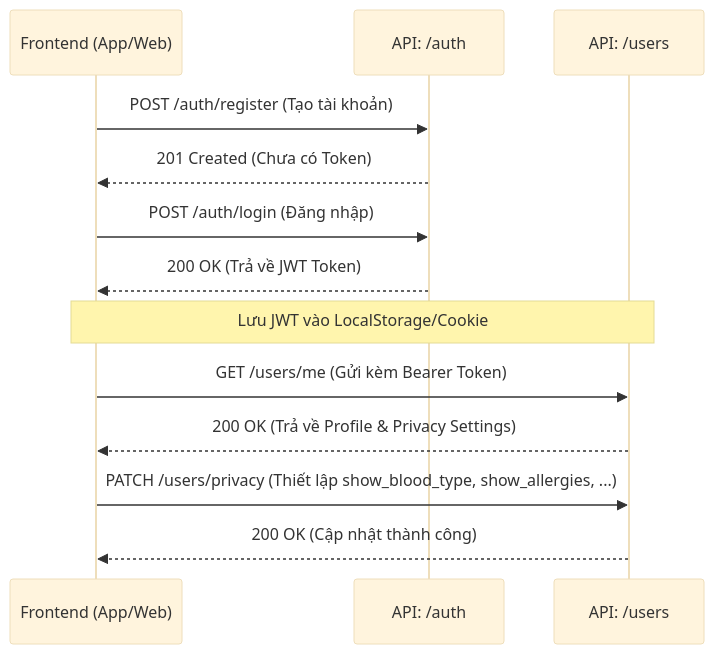
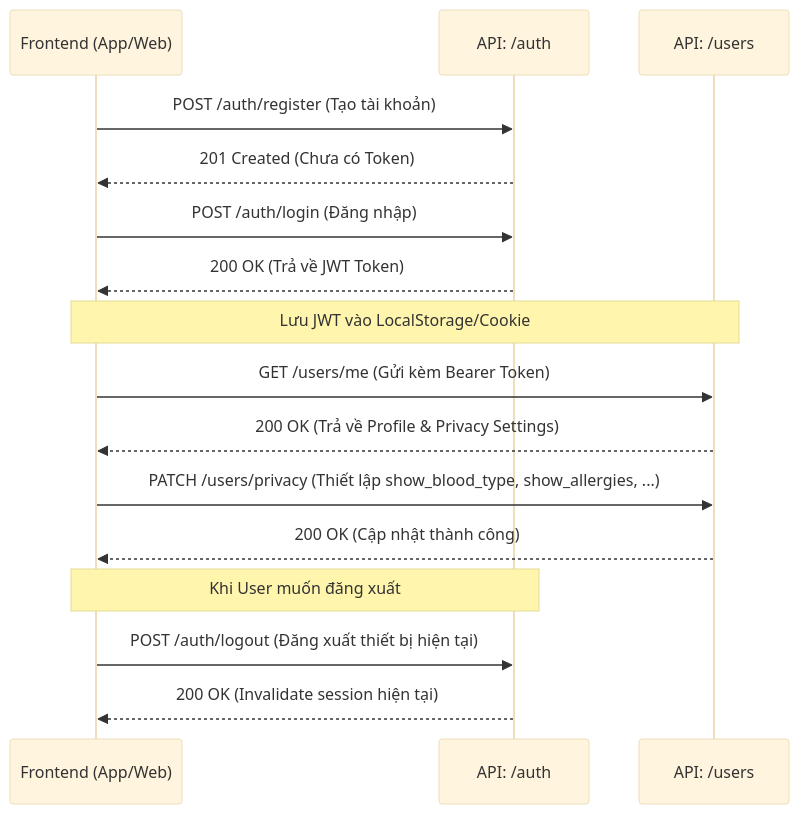
One commit to ImSoul0511/Medical_Diary changed the first of 5 diagrams in backend/docs/API_FLOW.md. Above: the diagram before and after it, drawn with Mermaid (base theme). The commit also changed other lines of this file and 4 other files, not shown here.

First line of the commit message:
docs(architecture): hoàn thiện kiến trúc Medication Reminders

````diff
--- a/backend/docs/API_FLOW.md
+++ b/backend/docs/API_FLOW.md
@@ -11,20 +11,25 @@
 ```mermaid
 sequenceDiagram
     participant FE as Frontend (App/Web)
     participant Auth as API: /auth
     participant User as API: /users
 
     FE->>Auth: POST /auth/register (Tạo tài khoản)
     Auth-->>FE: 201 Created (Chưa có Token)
     
     FE->>Auth: POST /auth/login (Đăng nhập)
     Auth-->>FE: 200 OK (Trả về JWT Token)
     
     Note over FE,User: Lưu JWT vào LocalStorage/Cookie
     
     FE->>User: GET /users/me (Gửi kèm Bearer Token)
     User-->>FE: 200 OK (Trả về Profile & Privacy Settings)
     
     FE->>User: PATCH /users/privacy (Thiết lập show_blood_type, show_allergies, ...)
     User-->>FE: 200 OK (Cập nhật thành công)
+
+    Note over FE,Auth: Khi User muốn đăng xuất
+    
+    FE->>Auth: POST /auth/logout (Đăng xuất thiết bị hiện tại)
+    Auth-->>FE: 200 OK (Invalidate session hiện tại)
 ```
````
